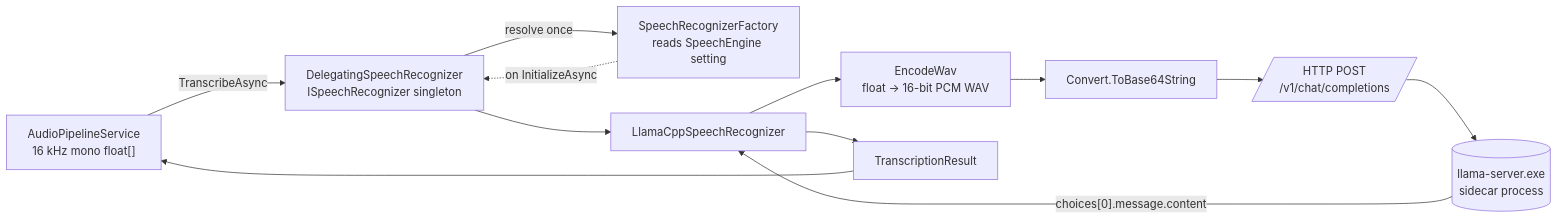
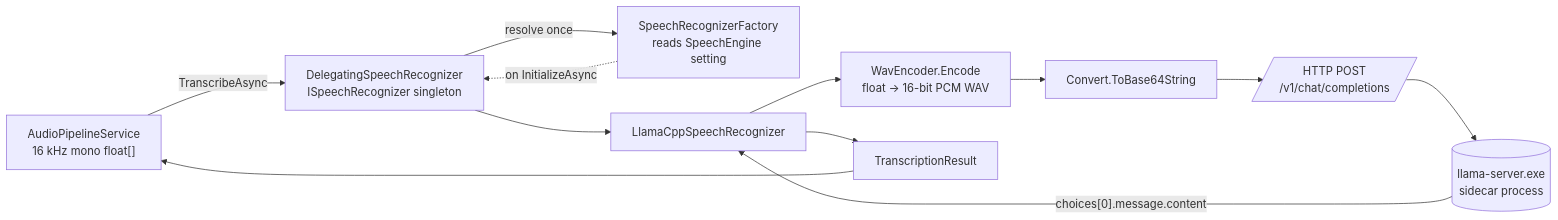
One commit to mdemin729/parlotype changed the first of 3 diagrams in docs/architecture/llamacpp-subsystem.md. Above: the diagram before and after it, drawn with Mermaid. The commit also changed other lines of this file and 435 other files, not shown here.

````diff
--- a/docs/architecture/llamacpp-subsystem.md
+++ b/docs/architecture/llamacpp-subsystem.md
@@ -98,19 +98,19 @@
 ```mermaid
 flowchart LR
     PIPE["AudioPipelineService<br/>16 kHz mono float[]"]
     DEL["DelegatingSpeechRecognizer<br/>ISpeechRecognizer singleton"]
     FACT["SpeechRecognizerFactory<br/>reads SpeechEngine setting"]
     LC["LlamaCppSpeechRecognizer"]
-    WAV["EncodeWav<br/>float → 16-bit PCM WAV"]
+    WAV["WavEncoder.Encode<br/>float → 16-bit PCM WAV"]
     B64["Convert.ToBase64String"]
     HTTP[/"HTTP POST<br/>/v1/chat/completions"/]
     SRV[("llama-server.exe<br/>sidecar process")]
     TXT["TranscriptionResult"]
 
     PIPE -- "TranscribeAsync" --> DEL
     DEL -- "resolve once" --> FACT
     FACT -. "on InitializeAsync" .-> DEL
     DEL --> LC
     LC --> WAV --> B64 --> HTTP --> SRV
     SRV -- "choices[0].message.content" --> LC --> TXT --> PIPE
 ```
````
